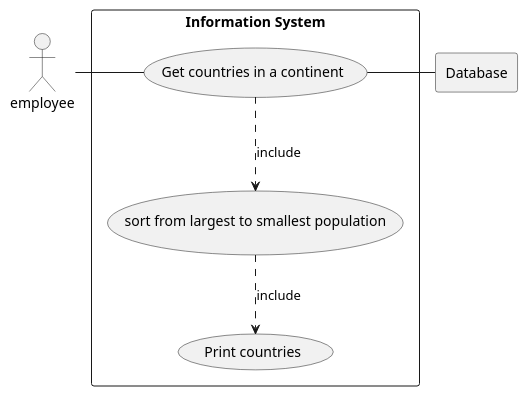
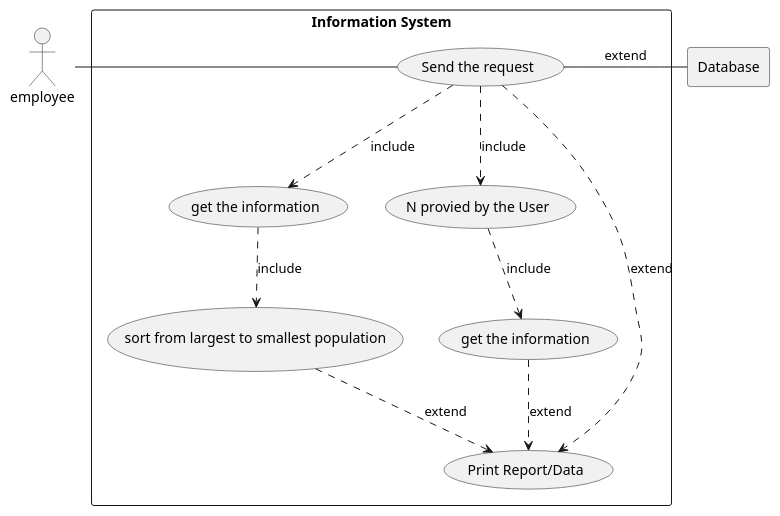
The diagram in use-cases/use-case-diagram.puml (piafle3005/group3), drawn with PlantUML before and after one commit.

Commit message:
created the use-case diagramm

```diff
--- a/use-cases/use-case-diagram.puml
+++ b/use-cases/use-case-diagram.puml
@@ -1,20 +1,29 @@
 @startuml
 'https://plantuml.com/sequence-diagram
 
 actor e as "employee"
 
 rectangle Database
 
 rectangle "Information System"{
-    usecase uc1 as "Get countries in a continent"
-    usecase uc1a as "sort from largest to smallest population"
-    usecase uc1b as "Print countries"
+    usecase uc as "Send the request"
+    usecase gi1 as "get the information"
+    usecase gi2 as "get the information"
+    usecase condition1 as "sort from largest to smallest population"
+    usecase condition2 as "N provied by the User"
+    usecase print as "Print Report/Data"
 
-    e - uc1
-    uc1 ..> uc1a : include
-    uc1a ..> uc1b : include
-    uc1 - Database
+    e - uc
+
+    uc ..> gi1: include
+    uc ..> condition2: include
+    gi1 ..> condition1: include
+    condition2 ..> gi2: include
+    condition1 ..> print : extend
+    gi2 ..> print : extend
+    uc ..> print : extend
+    uc - Database: extend
 
 }
 
 @enduml
```
